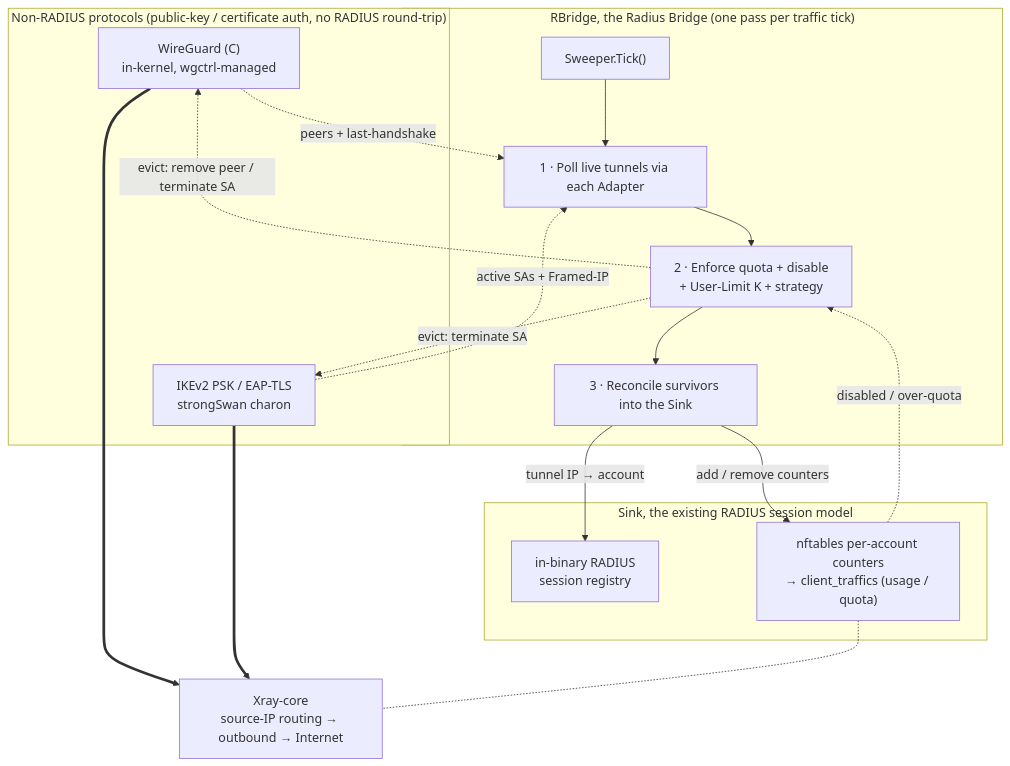
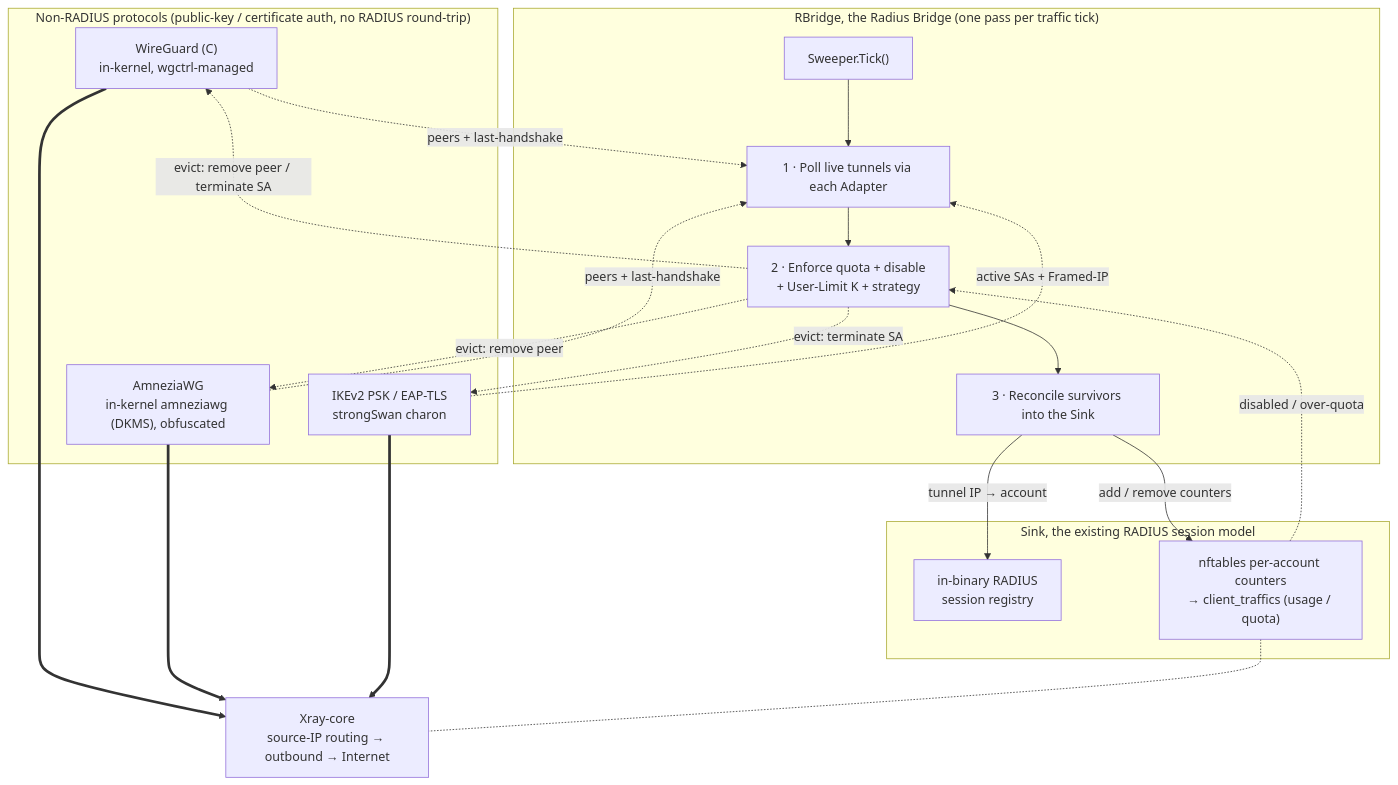
Before and after one commit to moeinimy/moeinimy-tunnel-ui: the second of 2 diagrams in README.md, drawn with Mermaid. The commit also changed other lines of this file and 291 other files, not shown here.

````diff
--- a/README.md
+++ b/README.md
@@ -185,36 +194,40 @@
 ```mermaid
 flowchart TB
   subgraph SRC["Non-RADIUS protocols (public-key / certificate auth, no RADIUS round-trip)"]
     WG["WireGuard (C)<br/>in-kernel, wgctrl-managed"]
+    AWG["AmneziaWG<br/>in-kernel amneziawg (DKMS), obfuscated"]
     IKE["IKEv2 PSK / EAP-TLS<br/>strongSwan charon"]
   end
 
   subgraph BRIDGE["RBridge, the Radius Bridge (one pass per traffic tick)"]
     SWEEP["Sweeper.Tick()"]
     P1["1 · Poll live tunnels via each Adapter"]
     P2["2 · Enforce quota + disable<br/>+ User-Limit K + strategy"]
     P3["3 · Reconcile survivors into the Sink"]
   end
 
   subgraph SINK["Sink, the existing RADIUS session model"]
     REG["in-binary RADIUS<br/>session registry"]
     ACCT["nftables per-account counters<br/>→ client_traffics (usage / quota)"]
   end
 
   XRAY["Xray-core<br/>source-IP routing → outbound → Internet"]
 
   %% control plane
   WG -.->|"peers + last-handshake"| P1
+  AWG -.->|"peers + last-handshake"| P1
   IKE -.->|"active SAs + Framed-IP"| P1
   SWEEP --> P1 --> P2 --> P3
   P2 -.->|"evict: remove peer / terminate SA"| WG
+  P2 -.->|"evict: remove peer"| AWG
   P2 -.->|"evict: terminate SA"| IKE
   P3 -->|"tunnel IP → account"| REG
   P3 -->|"add / remove counters"| ACCT
   ACCT -.->|"disabled / over-quota"| P2
 
   %% data plane
   WG ==> XRAY
+  AWG ==> XRAY
   IKE ==> XRAY
   ACCT -.- XRAY
 ```
````
